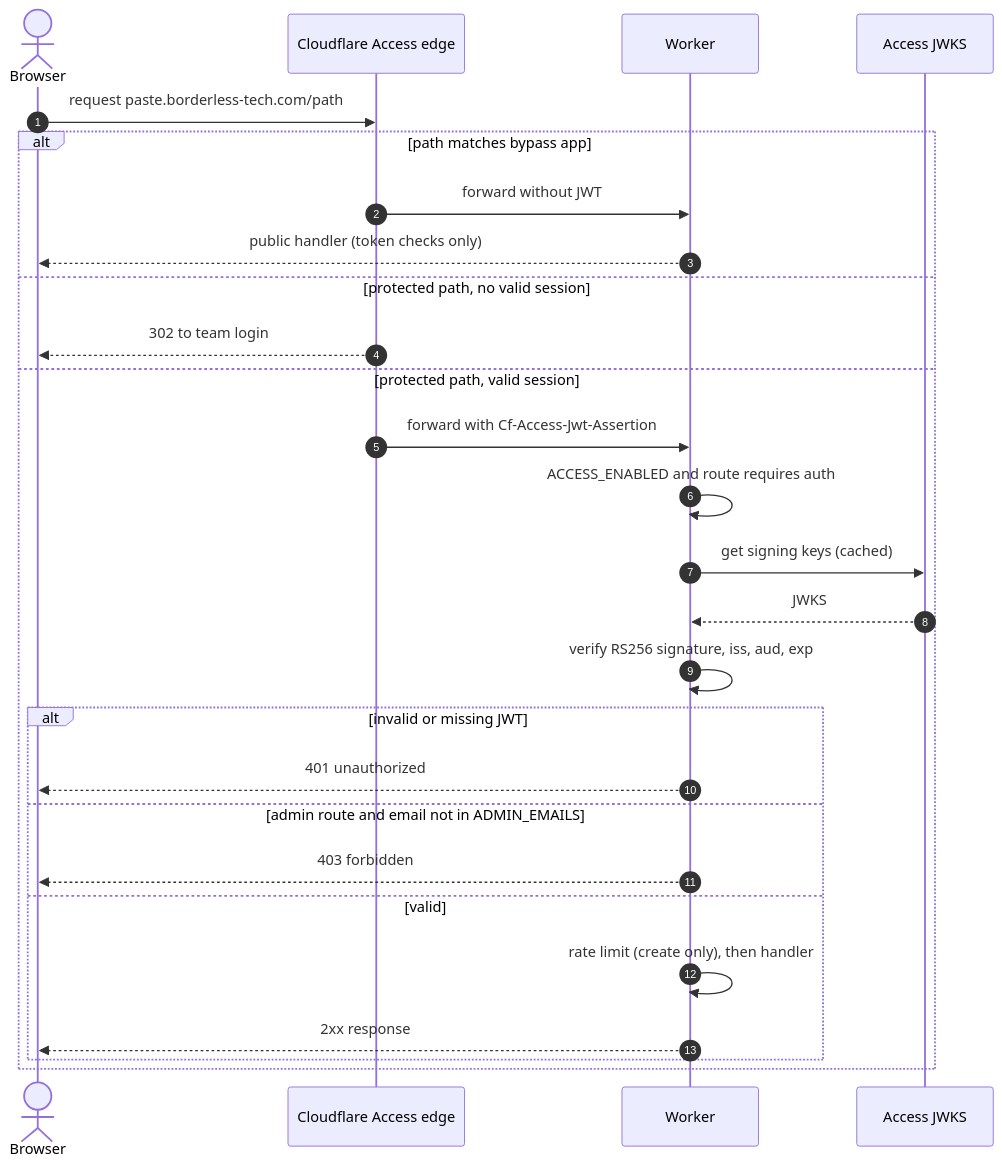
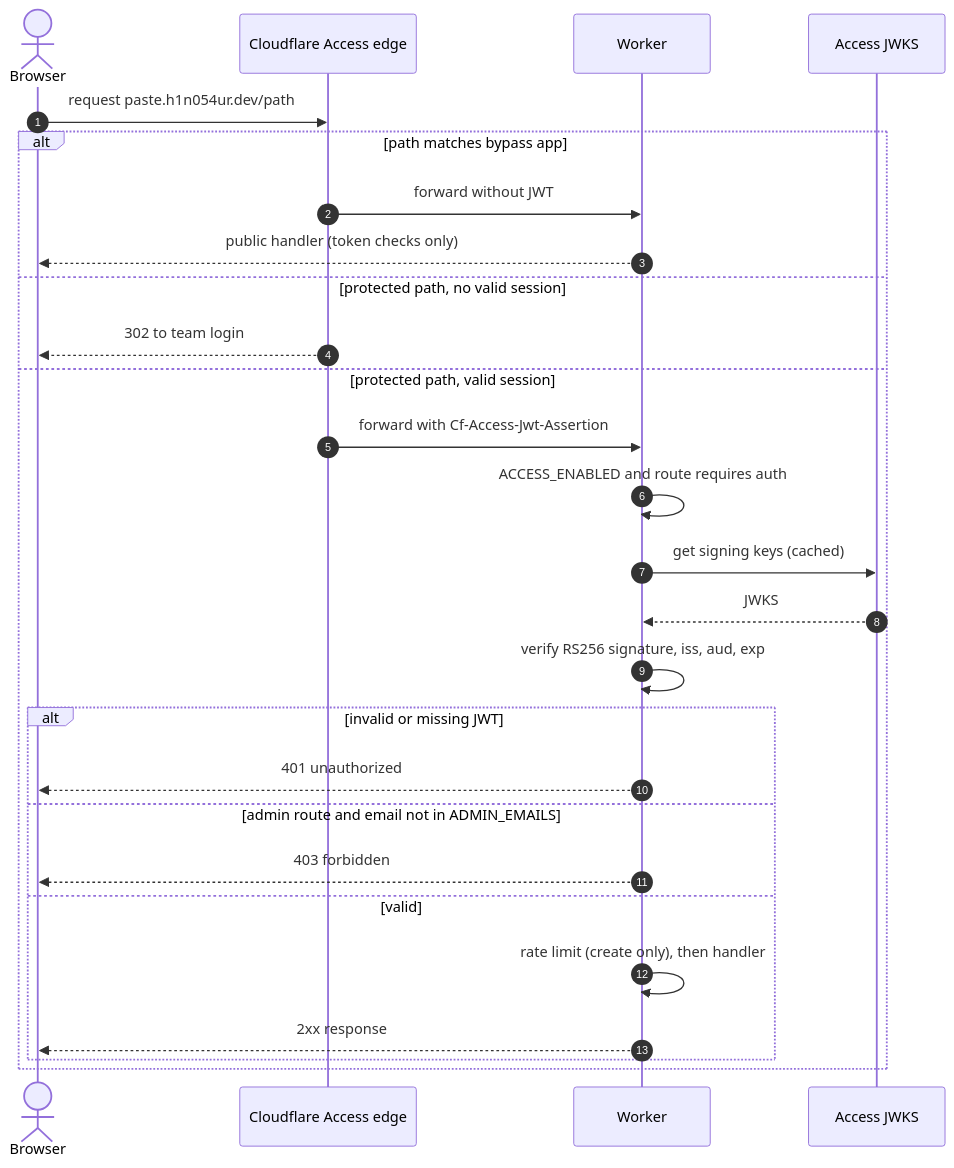
One commit to bts-io/0bin-cloudflare changed the first of 2 diagrams in docs/spec.md. Above: the diagram before and after it, drawn with Mermaid. The commit also changed other lines of this file and 24 other files, not shown here.

First line of the commit message:
feat!: drop cloudflare access, move to paste.h1n054ur.dev

````diff
--- a/docs/spec.md
+++ b/docs/spec.md
@@ -366,29 +368,29 @@
 ```mermaid
 sequenceDiagram
     autonumber
     actor U as Browser
     participant A as Cloudflare Access edge
     participant W as Worker
     participant J as Access JWKS
-    U->>A: request paste.borderless-tech.com/path
+    U->>A: request paste.h1n054ur.dev/path
     alt path matches bypass app
         A->>W: forward without JWT
         W-->>U: public handler (token checks only)
     else protected path, no valid session
         A-->>U: 302 to team login
     else protected path, valid session
         A->>W: forward with Cf-Access-Jwt-Assertion
         W->>W: ACCESS_ENABLED and route requires auth
         W->>J: get signing keys (cached)
         J-->>W: JWKS
         W->>W: verify RS256 signature, iss, aud, exp
         alt invalid or missing JWT
             W-->>U: 401 unauthorized
         else admin route and email not in ADMIN_EMAILS
             W-->>U: 403 forbidden
         else valid
             W->>W: rate limit (create only), then handler
             W-->>U: 2xx response
         end
     end
 ```
````
